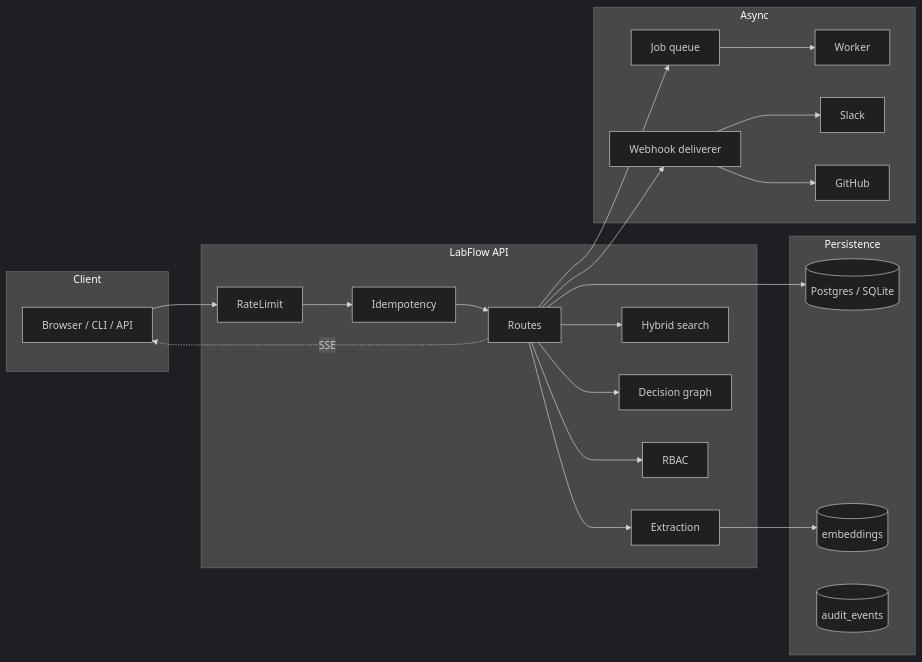
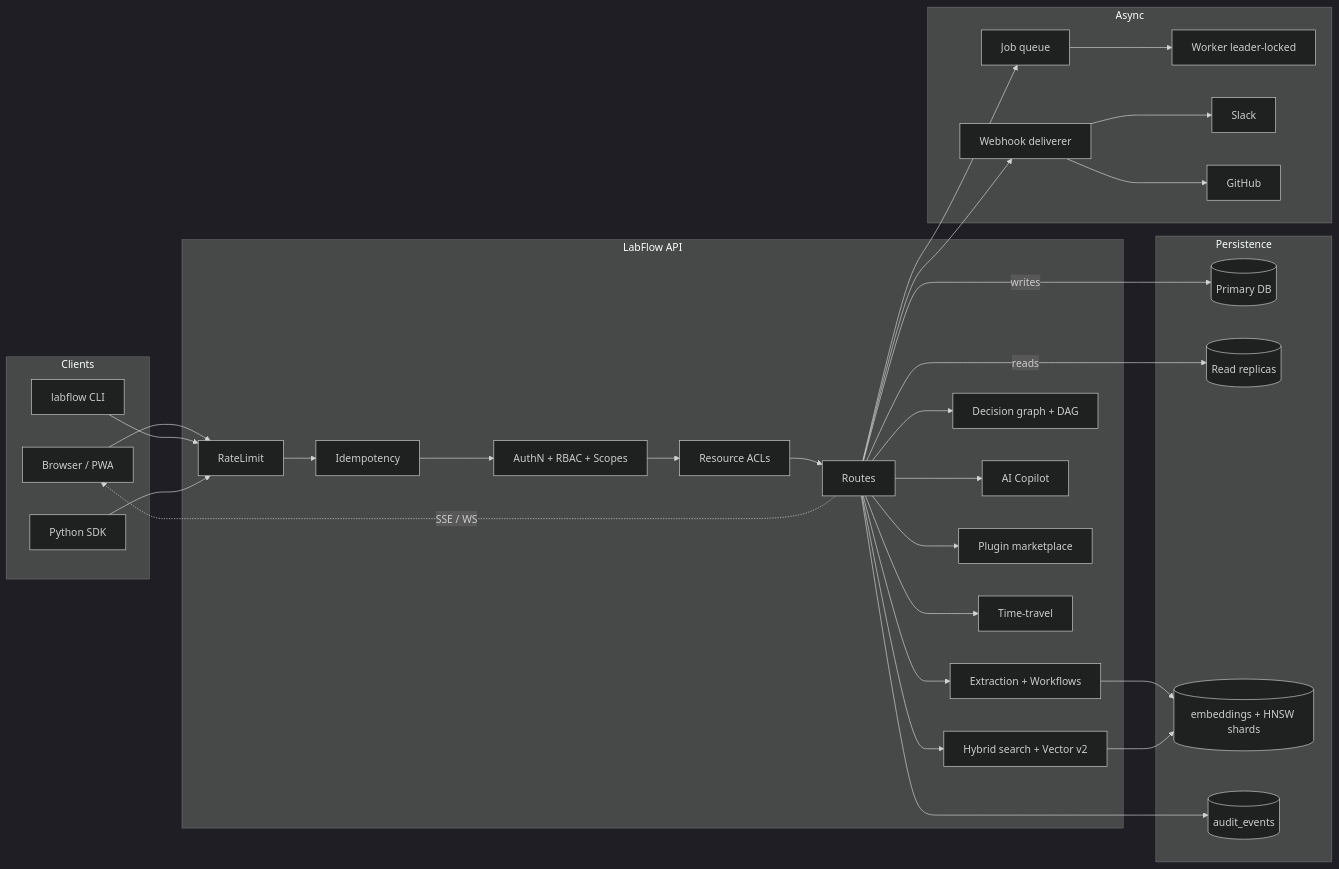
Before and after one commit to mariam-oss-eng/labflow: the diagram in README.md, drawn with Mermaid (dark theme). The commit also changed other lines of this file and 34 other files, not shown here.

First line of the commit message:
v0.9: AI Copilot, plugin marketplace, vector v2, time-travel, replica routing, PWA, i18n + presentation refresh (200 tests passing)

````diff
--- a/README.md
+++ b/README.md
@@ -64,29 +93,41 @@
 ```mermaid
 flowchart LR
-    subgraph Client
-      U[Browser / CLI / API]
+    subgraph Clients
+      U[Browser / PWA]
+      CLI[labflow CLI]
+      SDK[Python SDK]
     end
     subgraph LabFlow API
-      MW1[RateLimit] --> MW2[Idempotency] --> R[Routes]
-      R --> EX[Extraction]
-      R --> SR[Hybrid search]
-      R --> GR[Decision graph]
-      R --> RBAC[RBAC]
+      MW1[RateLimit] --> MW2[Idempotency] --> AUTH[AuthN + RBAC + Scopes]
+      AUTH --> ACL[Resource ACLs]
+      ACL --> R[Routes]
+      R --> EX[Extraction + Workflows]
+      R --> SR[Hybrid search + Vector v2]
+      R --> GR[Decision graph + DAG]
+      R --> CO[AI Copilot]
+      R --> PL[Plugin marketplace]
+      R --> TT[Time-travel]
     end
     subgraph Persistence
-      DB[(Postgres / SQLite)]
-      EMB[(embeddings)]
+      P[(Primary DB)]
+      RR[(Read replicas)]
+      EMB[(embeddings + HNSW shards)]
       AUD[(audit_events)]
     end
     subgraph Async
-      JQ[Job queue] --> WK[Worker]
+      JQ[Job queue] --> WK[Worker leader-locked]
       WH[Webhook deliverer] --> SLK[Slack]
       WH --> GH[GitHub]
     end
     U --> MW1
-    R --> DB
+    CLI --> MW1
+    SDK --> MW1
+    R -- writes --> P
+    R -- reads --> RR
     EX --> EMB
+    SR --> EMB
     R --> JQ
     R --> WH
-    R -. SSE .-> U
+    R --> AUD
+    R -. SSE / WS .-> U
 ```
````
